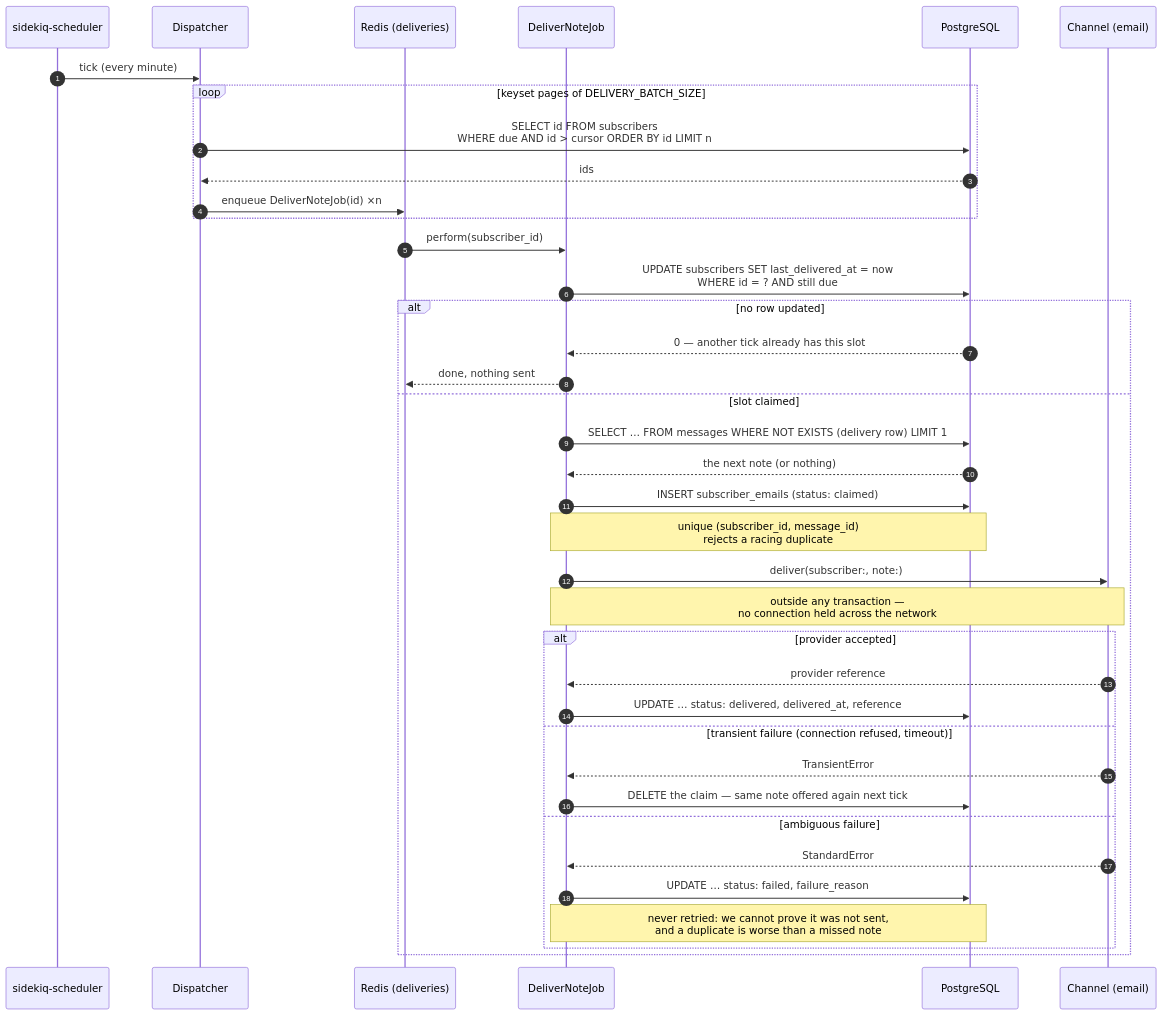
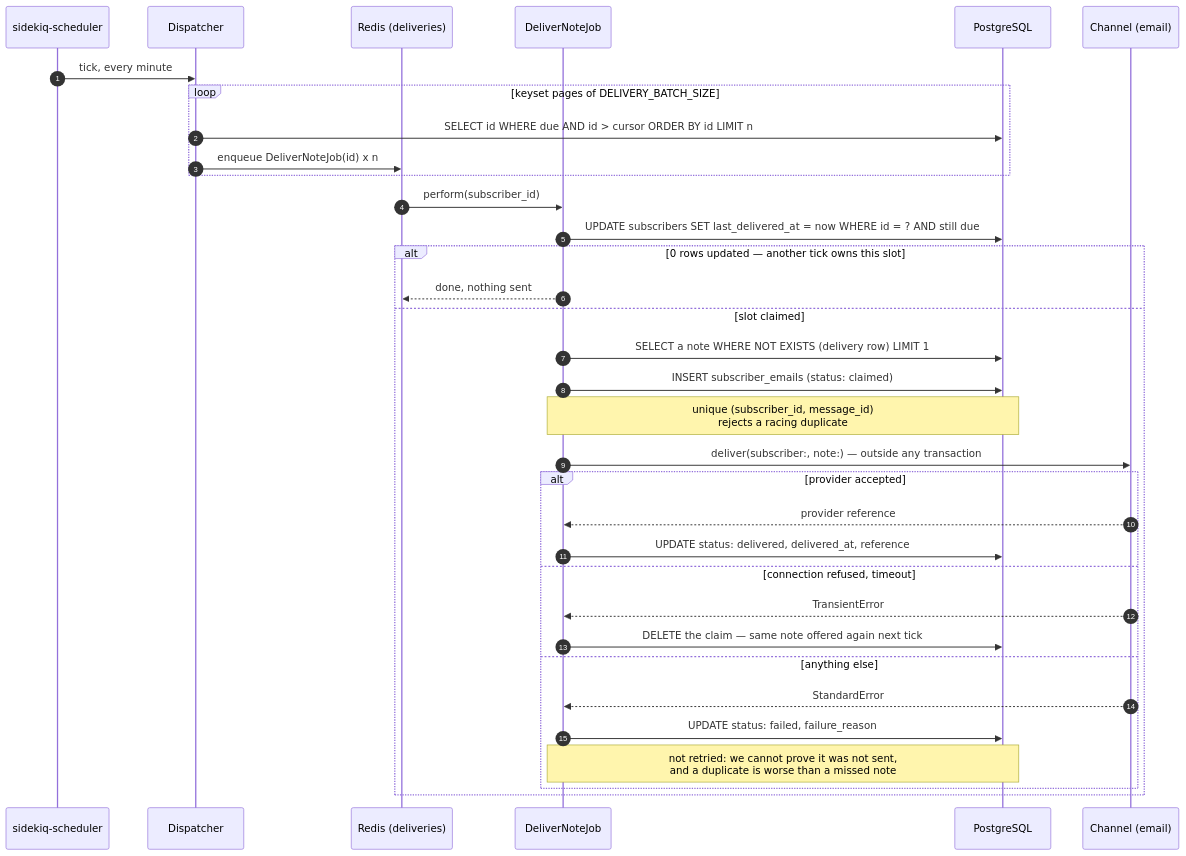
One commit to dev-sas002/cope-notes changed the first of 2 diagrams in README.md. Above: the diagram before and after it, drawn with Mermaid. The commit also changed other lines of this file, not shown here.

````diff
--- a/README.md
+++ b/README.md
@@ -113,42 +64,37 @@
 ```mermaid
 sequenceDiagram
     autonumber
     participant Cron as sidekiq-scheduler
     participant Disp as Dispatcher
     participant Q as Redis (deliveries)
     participant Job as DeliverNoteJob
     participant DB as PostgreSQL
     participant Ch as Channel (email)
 
-    Cron->>Disp: tick (every minute)
+    Cron->>Disp: tick, every minute
     loop keyset pages of DELIVERY_BATCH_SIZE
-        Disp->>DB: SELECT id FROM subscribers<br/>WHERE due AND id > cursor ORDER BY id LIMIT n
-        DB-->>Disp: ids
-        Disp->>Q: enqueue DeliverNoteJob(id) ×n
+        Disp->>DB: SELECT id WHERE due AND id > cursor ORDER BY id LIMIT n
+        Disp->>Q: enqueue DeliverNoteJob(id) x n
     end
-
     Q->>Job: perform(subscriber_id)
-    Job->>DB: UPDATE subscribers SET last_delivered_at = now<br/>WHERE id = ? AND still due
-    alt no row updated
-        DB-->>Job: 0 — another tick already has this slot
+    Job->>DB: UPDATE subscribers SET last_delivered_at = now WHERE id = ? AND still due
+    alt 0 rows updated — another tick owns this slot
         Job-->>Q: done, nothing sent
     else slot claimed
-        Job->>DB: SELECT … FROM messages WHERE NOT EXISTS (delivery row) LIMIT 1
-        DB-->>Job: the next note (or nothing)
+        Job->>DB: SELECT a note WHERE NOT EXISTS (delivery row) LIMIT 1
         Job->>DB: INSERT subscriber_emails (status: claimed)
         Note over Job,DB: unique (subscriber_id, message_id)<br/>rejects a racing duplicate
-        Job->>Ch: deliver(subscriber:, note:)
-        Note over Job,Ch: outside any transaction —<br/>no connection held across the network
+        Job->>Ch: deliver(subscriber:, note:) — outside any transaction
         alt provider accepted
             Ch-->>Job: provider reference
-            Job->>DB: UPDATE … status: delivered, delivered_at, reference
-        else transient failure (connection refused, timeout)
+            Job->>DB: UPDATE status: delivered, delivered_at, reference
+        else connection refused, timeout
             Ch-->>Job: TransientError
             Job->>DB: DELETE the claim — same note offered again next tick
-        else ambiguous failure
+        else anything else
             Ch-->>Job: StandardError
-            Job->>DB: UPDATE … status: failed, failure_reason
-            Note over Job,DB: never retried: we cannot prove it was not sent,<br/>and a duplicate is worse than a missed note
+            Job->>DB: UPDATE status: failed, failure_reason
+            Note over Job,DB: not retried: we cannot prove it was not sent,<br/>and a duplicate is worse than a missed note
         end
     end
 ```
````
